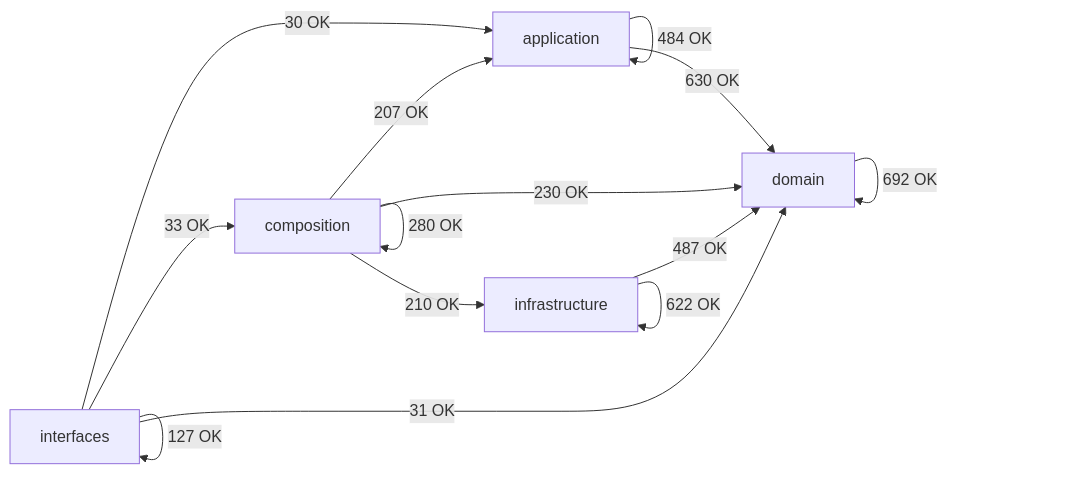
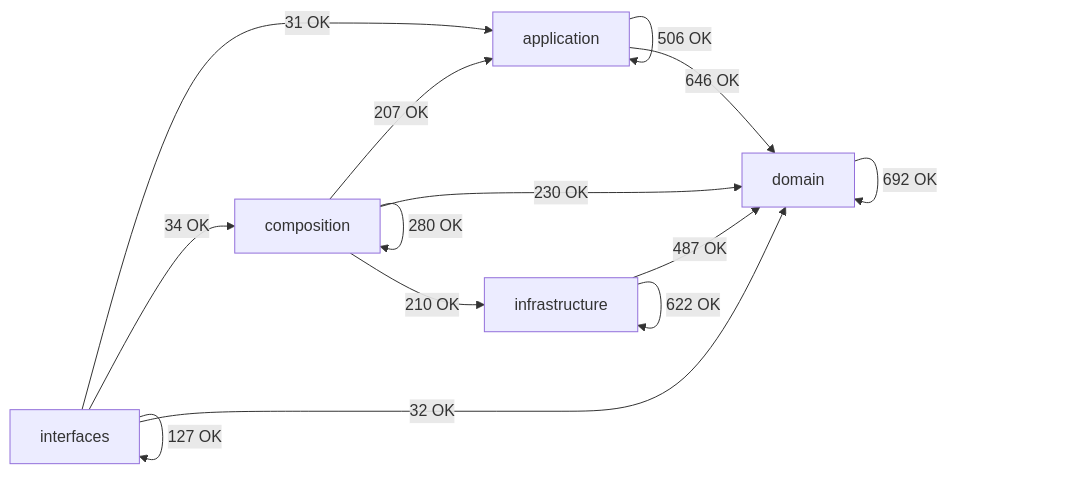
The diagram in docs/02-architecture/generated/module-dependency-map.md (SatoryKono/BioactivityDataAcquisition), drawn with Mermaid before and after one commit. The commit also changed other lines of this file and 96 other files, not shown here.

````diff
--- a/docs/02-architecture/generated/module-dependency-map.md
+++ b/docs/02-architecture/generated/module-dependency-map.md
@@ -16,21 +16,21 @@
 ```mermaid
 flowchart LR
     domain[domain]
     application[application]
     infrastructure[infrastructure]
     composition[composition]
     interfaces[interfaces]
-    application -->|484 OK| application
-    application -->|630 OK| domain
+    application -->|506 OK| application
+    application -->|646 OK| domain
     composition -->|207 OK| application
     composition -->|280 OK| composition
     composition -->|230 OK| domain
     composition -->|210 OK| infrastructure
     domain -->|692 OK| domain
     infrastructure -->|487 OK| domain
     infrastructure -->|622 OK| infrastructure
-    interfaces -->|30 OK| application
-    interfaces -->|33 OK| composition
-    interfaces -->|31 OK| domain
+    interfaces -->|31 OK| application
+    interfaces -->|34 OK| composition
+    interfaces -->|32 OK| domain
     interfaces -->|127 OK| interfaces
 ```
````
